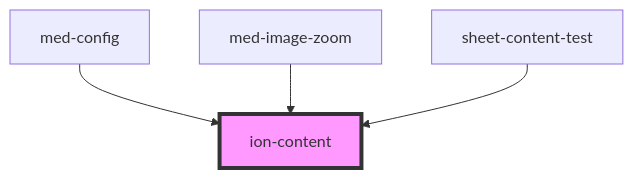
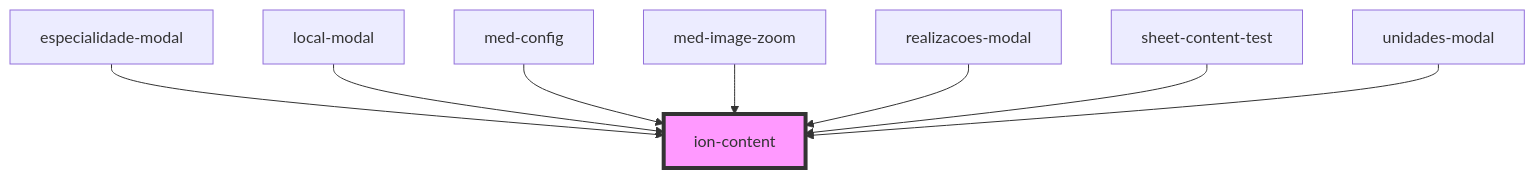
Before and after one commit to MEDGRUPOGIT/ionic-framework-1: the diagram in core/src/components/content/readme.md, drawn with Mermaid. The commit also changed other lines of this file and 30 other files, not shown here.

````diff
--- a/core/src/components/content/readme.md
+++ b/core/src/components/content/readme.md
@@ -270,7 +274,11 @@
 ```mermaid
 graph TD;
+  especialidade-modal --> ion-content
+  local-modal --> ion-content
   med-config --> ion-content
   med-image-zoom --> ion-content
+  realizacoes-modal --> ion-content
   sheet-content-test --> ion-content
+  unidades-modal --> ion-content
   style ion-content fill:#f9f,stroke:#333,stroke-width:4px
 ```
````
